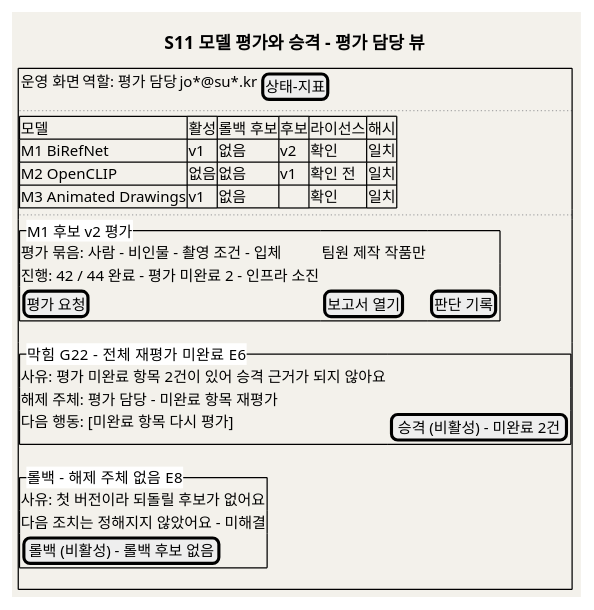
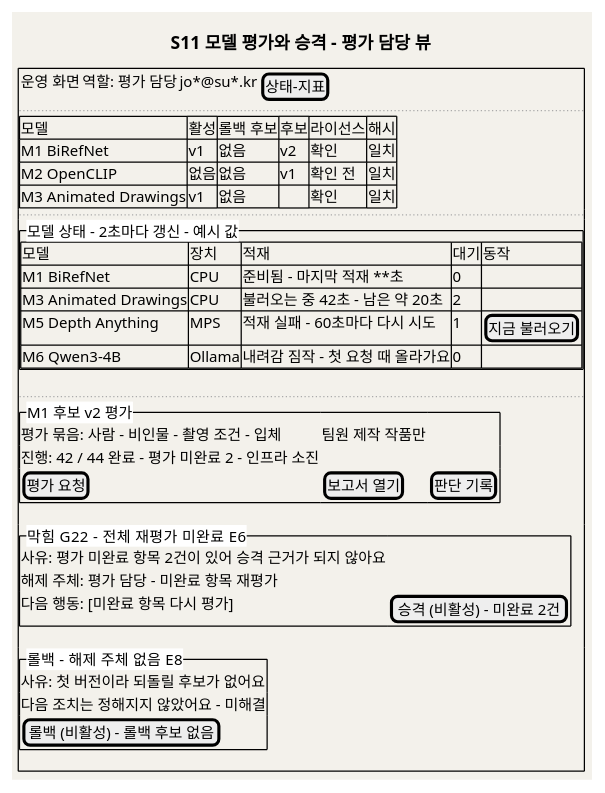
Before and after one commit to kids-gallery/uri-gallery: diagram 20 of 21 in design/SD_02_UIUX설계서_우리아이미술관.md, drawn with PlantUML. The commit also changed other lines of this file, not shown here.

````diff
--- a/design/SD_02_UIUX설계서_우리아이미술관.md
+++ b/design/SD_02_UIUX설계서_우리아이미술관.md
@@ -1233,32 +1237,41 @@
 ```plantuml
 @startuml
 skinparam backgroundColor #F3F1EB
 title S11 모델 평가와 승격 - 평가 담당 뷰
 salt
 {+
 { 운영 화면 | 역할: 평가 담당 | jo*@su*.kr | [상태-지표] }
 ..
 {# 모델 | 활성 | 롤백 후보 | 후보 | 라이선스 | 해시
   M1 BiRefNet | v1 | 없음 | v2 | 확인 | 일치
   M2 OpenCLIP | 없음 | 없음 | v1 | 확인 전 | 일치
   M3 Animated Drawings | v1 | 없음 | . | 확인 | 일치
+}
+..
+{^"모델 상태 - 2초마다 갱신 - 예시 값"
+{# 모델 | 장치 | 적재 | 대기 | 동작
+  M1 BiRefNet | CPU | 준비됨 - 마지막 적재 **초 | 0 | .
+  M3 Animated Drawings | CPU | 불러오는 중 42초 - 남은 약 20초 | 2 | .
+  M5 Depth Anything | MPS | 적재 실패 - 60초마다 다시 시도 | 1 | [지금 불러오기]
+  M6 Qwen3-4B | Ollama | 내려감 짐작 - 첫 요청 때 올라가요 | 0 | .
+}
 }
 ..
 {^"M1 후보 v2 평가"
   평가 묶음: 사람 - 비인물 - 촬영 조건 - 입체 | 팀원 제작 작품만
   진행: 42 / 44 완료 - 평가 미완료 2 - 인프라 소진
   [평가 요청] | [보고서 열기] | [판단 기록]
 }
 {^"막힘  G22 - 전체 재평가 미완료  E6"
   사유: 평가 미완료 항목 2건이 있어 승격 근거가 되지 않아요
   해제 주체: 평가 담당 - 미완료 항목 재평가
   다음 행동: [미완료 항목 다시 평가] | [승격 (비활성) - 미완료 2건]
 }
 {^"롤백 - 해제 주체 없음  E8"
   사유: 첫 버전이라 되돌릴 후보가 없어요
   다음 조치는 정해지지 않았어요 - 미해결
   [롤백 (비활성) - 롤백 후보 없음]
 }
 }
 @enduml
 ```
````
